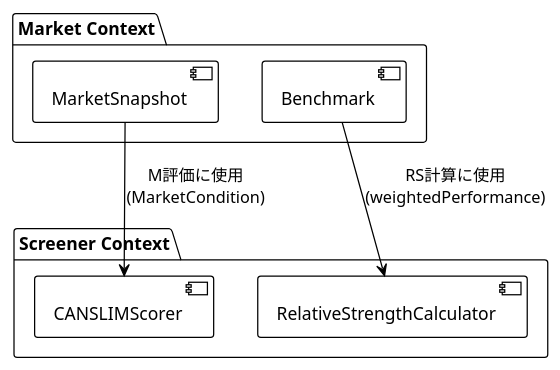
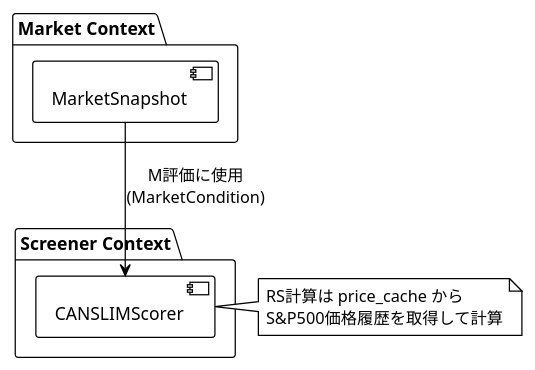
Before and after one commit to ryota197/ai-trade-pj: the second of 2 diagrams in docs/poc/domain/market/aggregates.md, drawn with PlantUML. The commit also changed other lines of this file and 2 other files, not shown here.

````diff
--- a/docs/poc/domain/market/aggregates.md
+++ b/docs/poc/domain/market/aggregates.md
@@ -306,19 +229,21 @@
 ```plantuml
 @startuml Context Integration
 !theme plain
 
 package "Market Context" {
     [MarketSnapshot] as MS
-    [Benchmark] as BM
 }
 
 package "Screener Context" {
     [CANSLIMScorer] as CS
-    [RelativeStrengthCalculator] as RSC
 }
 
 MS --> CS : "M評価に使用\n(MarketCondition)"
-BM --> RSC : "RS計算に使用\n(weightedPerformance)"
+
+note right of CS
+  RS計算は price_cache から
+  S&P500価格履歴を取得して計算
+end note
 
 @enduml
 ```
````
